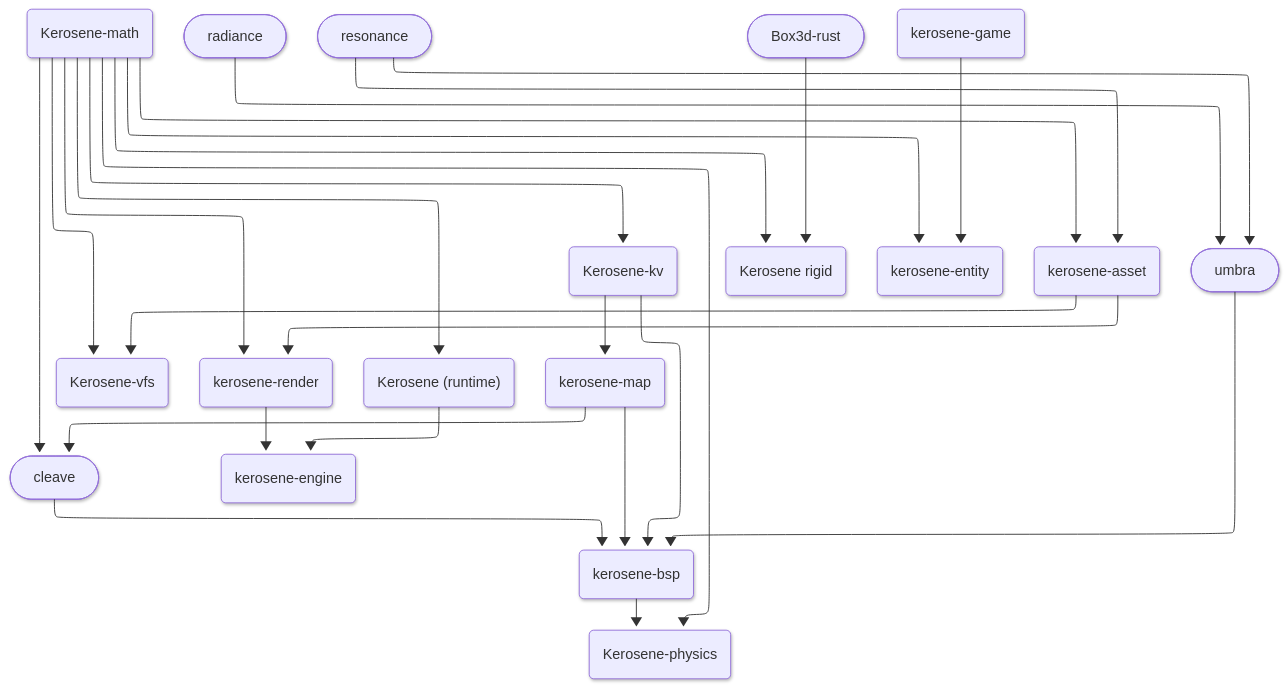
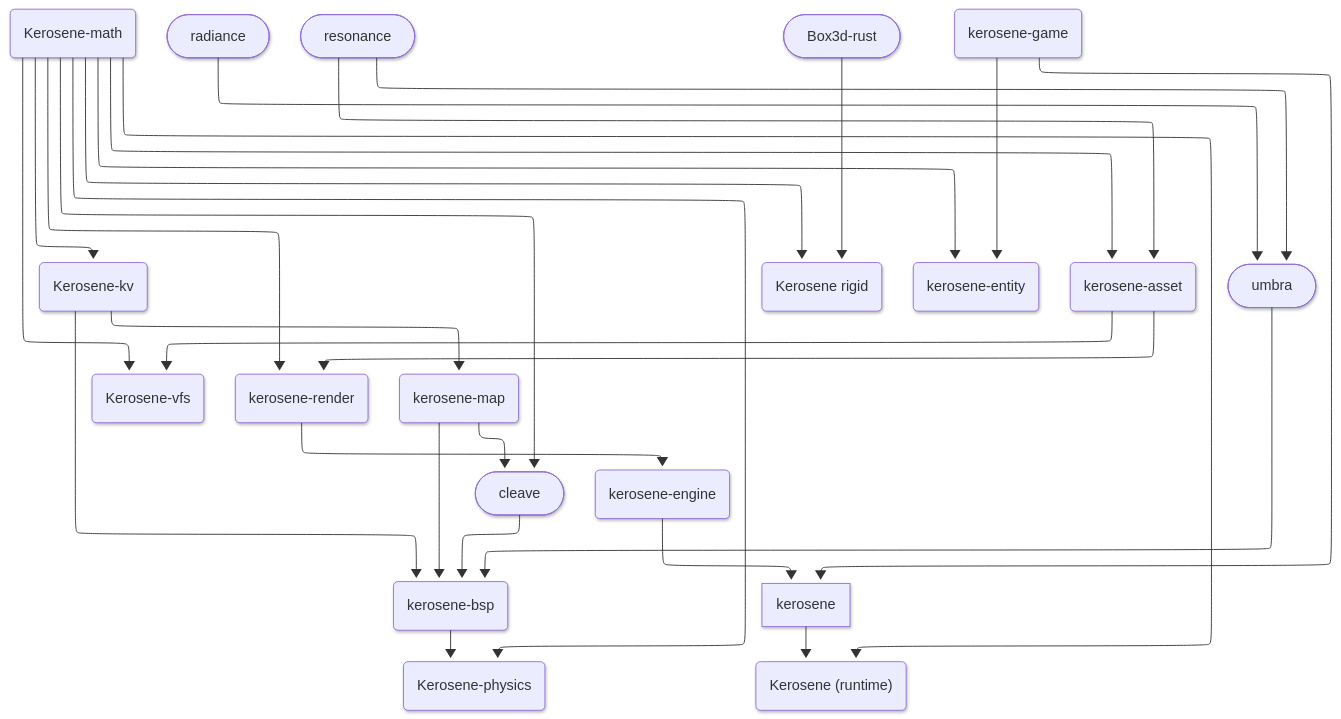
Before and after one commit to T342guy/Kerosene: the second of 2 diagrams in src/docs/architecture.md, drawn with Mermaid. The commit also changed other lines of this file and 4 other files, not shown here.

````diff
--- a/src/docs/architecture.md
+++ b/src/docs/architecture.md
@@ -73,37 +73,39 @@
 ```mermaid
 ---
 config:
   layout: elk
   theme: default
   look: neo
   fontFamily: '''Source Code Pro Variable'', monospace'
 ---
 flowchart TB
     n1["Kerosene-math"] --> n2["Kerosene-kv"] & n4(["cleave"]) & n8["Kerosene-physics"] & n9["Kerosene rigid"] & n11["kerosene-entity"] & n13["Kerosene-vfs"] & n14["kerosene-asset"] & n15["kerosene-render"] & n17["Kerosene (runtime)"]
     n2 --> n3["kerosene-map"] & n5["kerosene-bsp"]
     n3 --> n5 & n4
     n4 --> n5
     n6(["umbra"]) --> n5
     n7(["radiance"]) --> n6
     n20(["resonance"]) --> n6 & n14
     n5 --> n8
     n10(["Box3d-rust"]) --> n9
     n12["kerosene-game"] --> n11
     n14 --> n13 & n15
     n15 --> n16["kerosene-engine"]
-    n17 --> n16
+    n16 --> n18["kerosene"]
+    n12 --> n18
+    n18 --> n17
 
     n1@{ shape: rounded}
     n2@{ shape: rounded}
     n8@{ shape: rounded}
     n9@{ shape: rounded}
     n11@{ shape: rounded}
     n13@{ shape: rounded}
     n14@{ shape: rounded}
     n15@{ shape: rounded}
     n17@{ shape: rounded}
     n3@{ shape: rounded}
     n5@{ shape: rounded}
     n12@{ shape: rounded}
     n16@{ shape: rounded}
 ```
````
